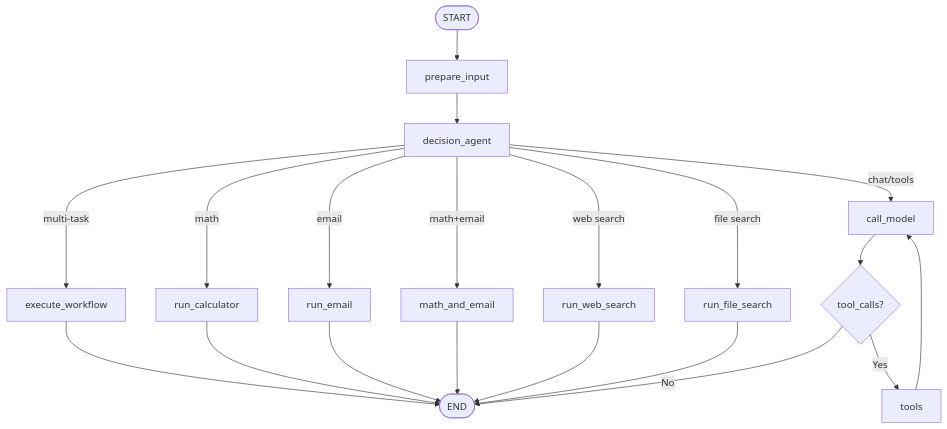
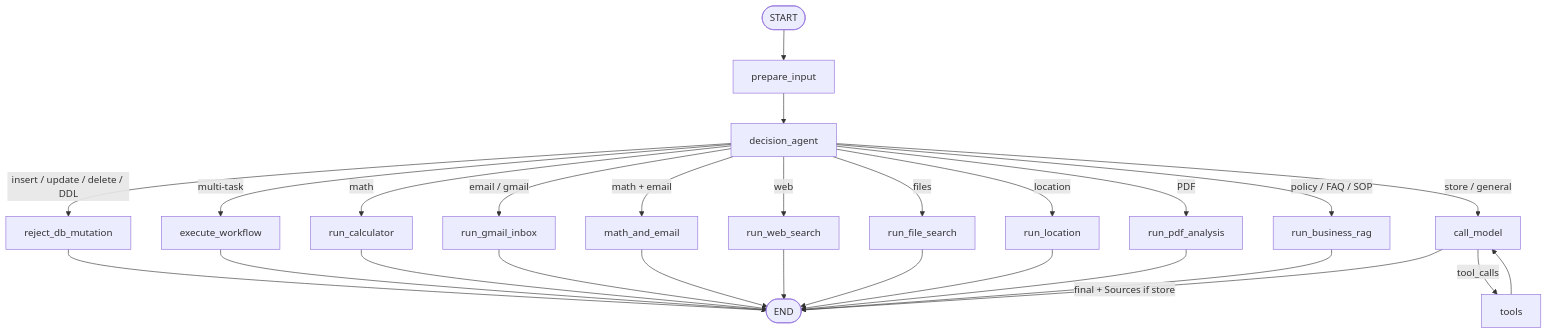
Before and after one commit to muhammadqasimshabbir3-art/andromedatoolcallingagent: the diagram in AgentWorkflow.md, drawn with Mermaid. The commit also changed other lines of this file and 39 other files, not shown here.

First line of the commit message:
feat: add hybrid BGE business RAG and defense-in-depth read-only Neon guard

````diff
--- a/AgentWorkflow.md
+++ b/AgentWorkflow.md
@@ -59,22 +65,32 @@
 ```mermaid
 flowchart TD
-    START([START]) --> prepare_input[prepare_input]
-    prepare_input --> decision_agent[decision_agent]
-    decision_agent -->|multi-task| execute_workflow[execute_workflow]
-    decision_agent -->|math| run_calculator[run_calculator]
-    decision_agent -->|email| run_email[run_email]
-    decision_agent -->|math+email| math_and_email[math_and_email]
-    decision_agent -->|web search| run_web_search[run_web_search]
-    decision_agent -->|file search| run_file_search[run_file_search]
-    decision_agent -->|chat/tools| call_model[call_model]
-    execute_workflow --> END([END])
-    run_calculator --> END
-    run_email --> END
-    math_and_email --> END
-    run_web_search --> END
-    run_file_search --> END
-    call_model --> route{tool_calls?}
-    route -->|Yes| tools[tools]
-    route -->|No| END
-    tools --> call_model
+  START([START]) --> PI[prepare_input]
+  PI --> DA[decision_agent]
+
+  DA -->|insert / update / delete / DDL| GUARD[reject_db_mutation]
+  DA -->|multi-task| EW[execute_workflow]
+  DA -->|math| CALC[run_calculator]
+  DA -->|email / gmail| GMAIL[run_gmail_inbox]
+  DA -->|math + email| ME[math_and_email]
+  DA -->|web| WEB[run_web_search]
+  DA -->|files| FILE[run_file_search]
+  DA -->|location| LOC[run_location]
+  DA -->|PDF| PDFN[run_pdf_analysis]
+  DA -->|policy / FAQ / SOP| RAG[run_business_rag]
+  DA -->|store / general| CM[call_model]
+
+  GUARD --> END([END])
+  EW --> END
+  CALC --> END
+  GMAIL --> END
+  ME --> END
+  WEB --> END
+  FILE --> END
+  LOC --> END
+  PDFN --> END
+  RAG --> END
+
+  CM -->|tool_calls| TOOLS[tools]
+  TOOLS --> CM
+  CM -->|final + Sources if store| END
 ```
````
